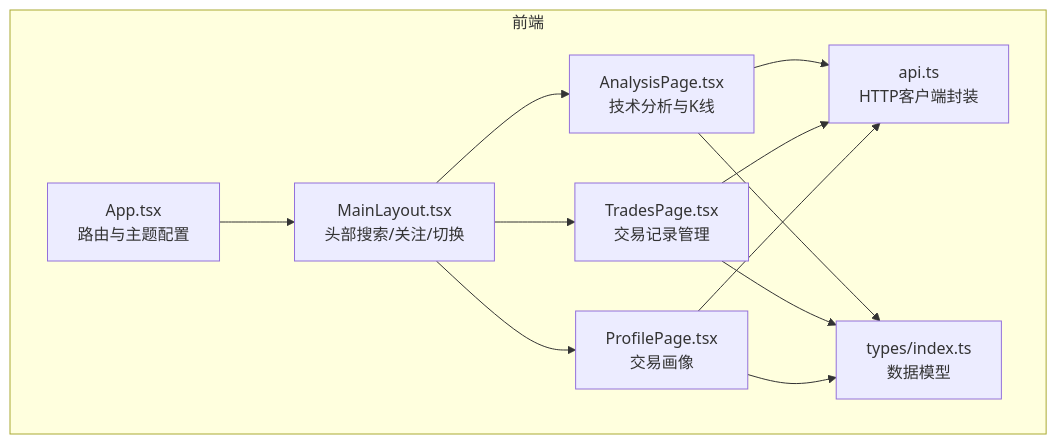
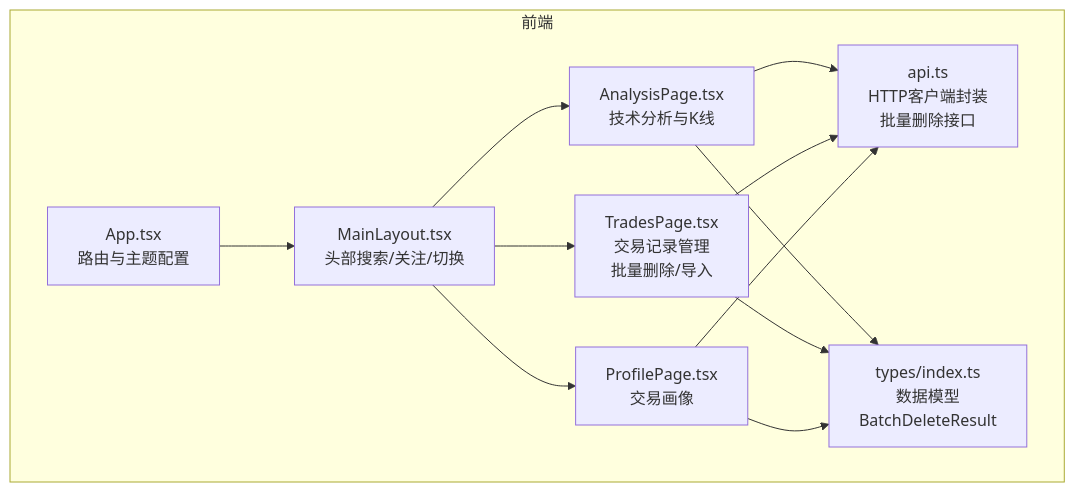
Before and after one commit to Moruime/stock_foker: the first of 9 diagrams in .qoder/repowiki/zh/content/前端组件/页面组件.md, drawn with Mermaid. The commit also changed other lines of this file and 10 other files, not shown here.

````diff
--- a/.qoder/repowiki/zh/content/前端组件/页面组件.md
+++ b/.qoder/repowiki/zh/content/前端组件/页面组件.md
@@ -42,22 +50,22 @@
 ```mermaid
 graph TB
 subgraph "前端"
 A["App.tsx<br/>路由与主题配置"]
 L["MainLayout.tsx<br/>头部搜索/关注/切换"]
 P1["AnalysisPage.tsx<br/>技术分析与K线"]
-P2["TradesPage.tsx<br/>交易记录管理"]
+P2["TradesPage.tsx<br/>交易记录管理<br/>批量删除/导入"]
 P3["ProfilePage.tsx<br/>交易画像"]
-S["api.ts<br/>HTTP客户端封装"]
-T["types/index.ts<br/>数据模型"]
+S["api.ts<br/>HTTP客户端封装<br/>批量删除接口"]
+T["types/index.ts<br/>数据模型<br/>BatchDeleteResult"]
 end
 A --> L
 L --> P1
 L --> P2
 L --> P3
 P1 --> S
 P2 --> S
 P3 --> S
 P1 --> T
 P2 --> T
 P3 --> T
 ```
````
